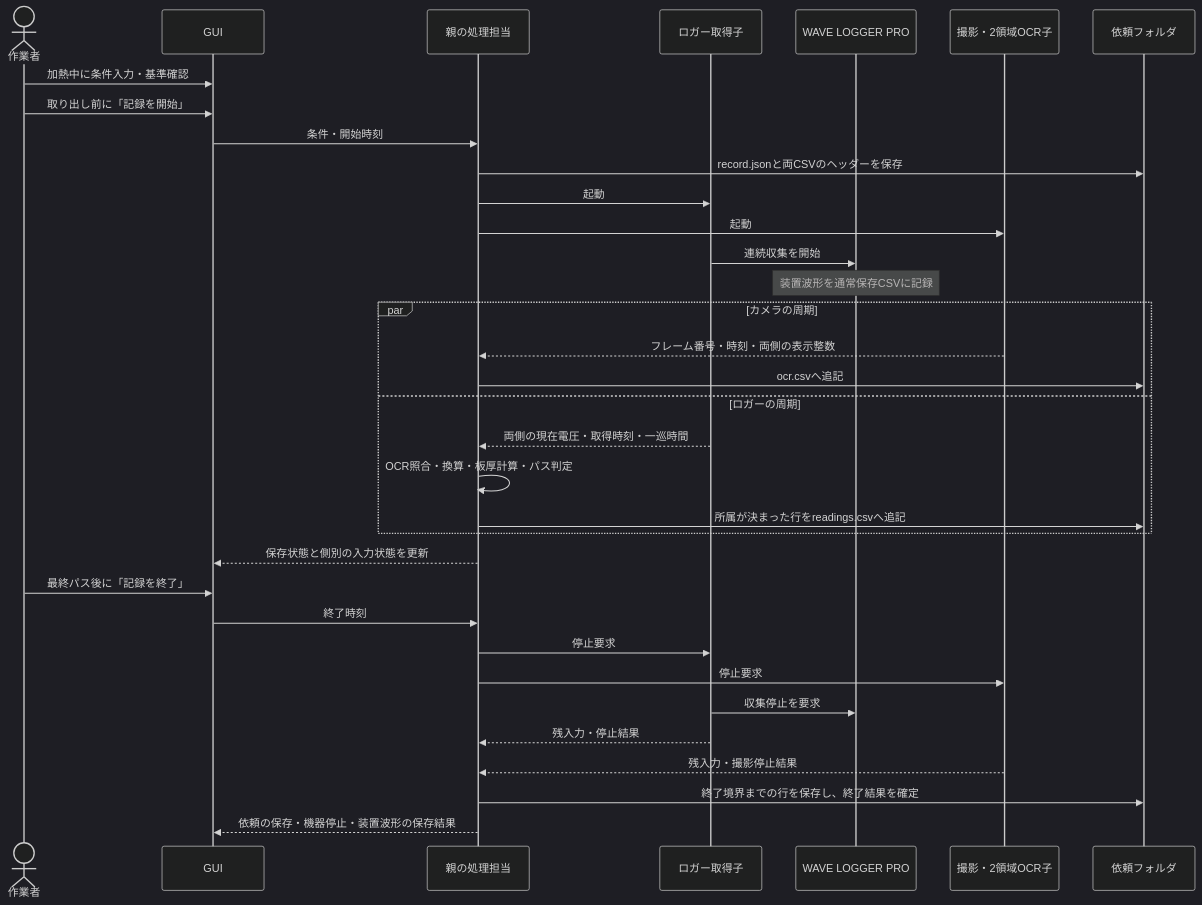
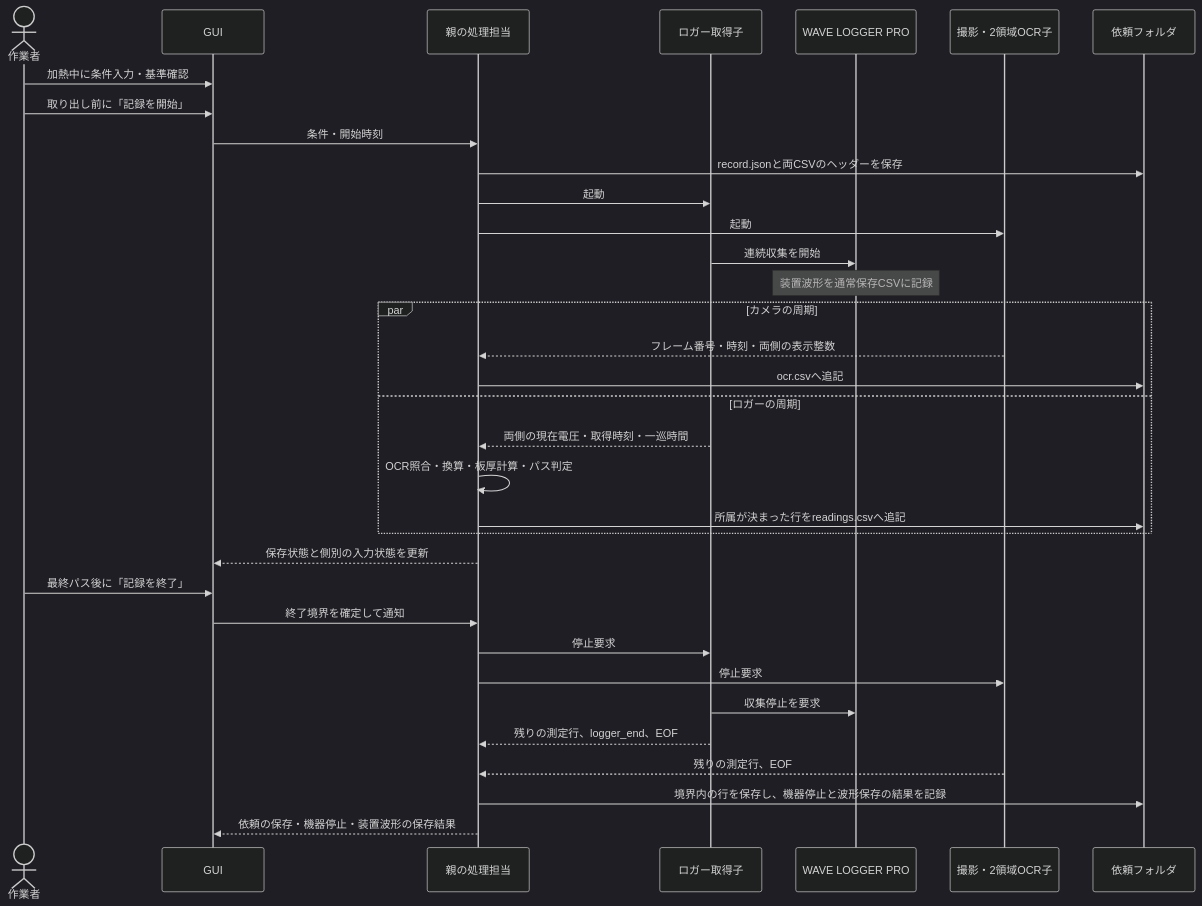
The second of 2 diagrams in scraps/logger-ocr-live/SYSTEM_PLAN.md (TkymHrt/code-scraps), drawn with Mermaid (dark theme) before and after one commit. The commit also changed other lines of this file and 4 other files, not shown here.

````diff
--- a/scraps/logger-ocr-live/SYSTEM_PLAN.md
+++ b/scraps/logger-ocr-live/SYSTEM_PLAN.md
@@ -89,37 +103,37 @@
 ```mermaid
 sequenceDiagram
     actor U as 作業者
     participant G as GUI
     participant P as 親の処理担当
     participant L as ロガー取得子
     participant W as WAVE LOGGER PRO
     participant O as 撮影・2領域OCR子
     participant F as 依頼フォルダ
 
     U->>G: 加熱中に条件入力・基準確認
     U->>G: 取り出し前に「記録を開始」
     G->>P: 条件・開始時刻
     P->>F: record.jsonと両CSVのヘッダーを保存
     P->>L: 起動
     P->>O: 起動
     L->>W: 連続収集を開始
     Note over W: 装置波形を通常保存CSVに記録
     par カメラの周期
         O-->>P: フレーム番号・時刻・両側の表示整数
         P->>F: ocr.csvへ追記
     and ロガーの周期
         L-->>P: 両側の現在電圧・取得時刻・一巡時間
         P->>P: OCR照合・換算・板厚計算・パス判定
         P->>F: 所属が決まった行をreadings.csvへ追記
     end
     P-->>G: 保存状態と側別の入力状態を更新
     U->>G: 最終パス後に「記録を終了」
-    G->>P: 終了時刻
+    G->>P: 終了境界を確定して通知
     P->>L: 停止要求
     P->>O: 停止要求
     L->>W: 収集停止を要求
-    L-->>P: 残入力・停止結果
-    O-->>P: 残入力・撮影停止結果
-    P->>F: 終了境界までの行を保存し、終了結果を確定
+    L-->>P: 残りの測定行、logger_end、EOF
+    O-->>P: 残りの測定行、EOF
+    P->>F: 境界内の行を保存し、機器停止と波形保存の結果を記録
     P-->>G: 依頼の保存・機器停止・装置波形の保存結果
 ```
````
